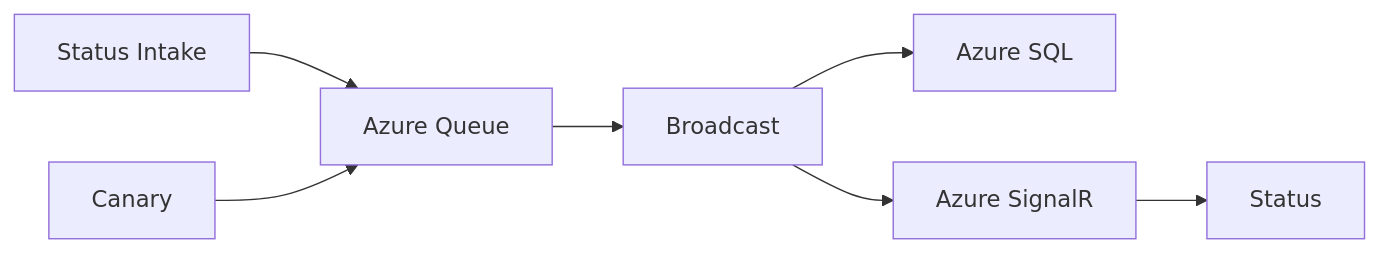
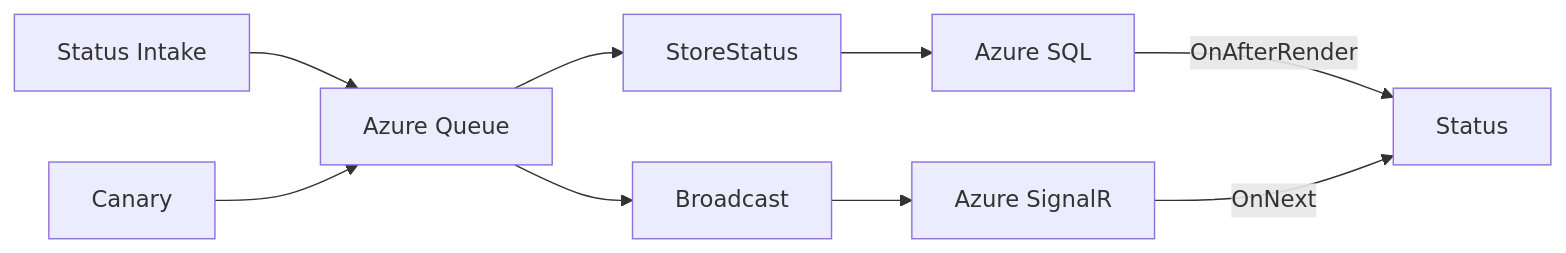
The diagram in README.md (alexsalisbury/dotdev), drawn with Mermaid before and after one commit.

Commit message:
Update README mermaid.

````diff
--- a/README.md
+++ b/README.md
@@ -45,9 +45,11 @@
 ```mermaid
   graph LR;
       A[Status Intake]-->B[Azure Queue];
       C[Canary]-->B;
       B-->D[Broadcast];
-      D-->E[Azure SQL];
-      D-->F[Azure SignalR];
-      F-->G[Status];
+      B-->E[StoreStatus];
+      E-->F[Azure SQL];
+      D-->G[Azure SignalR];
+      F-->|OnAfterRender| H[Status];
+      G-->|OnNext| H[Status];
 ```
````
